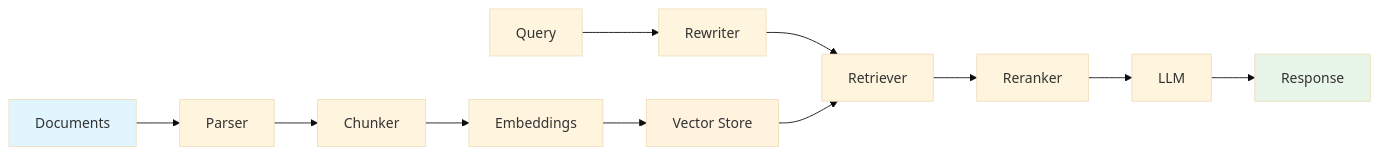
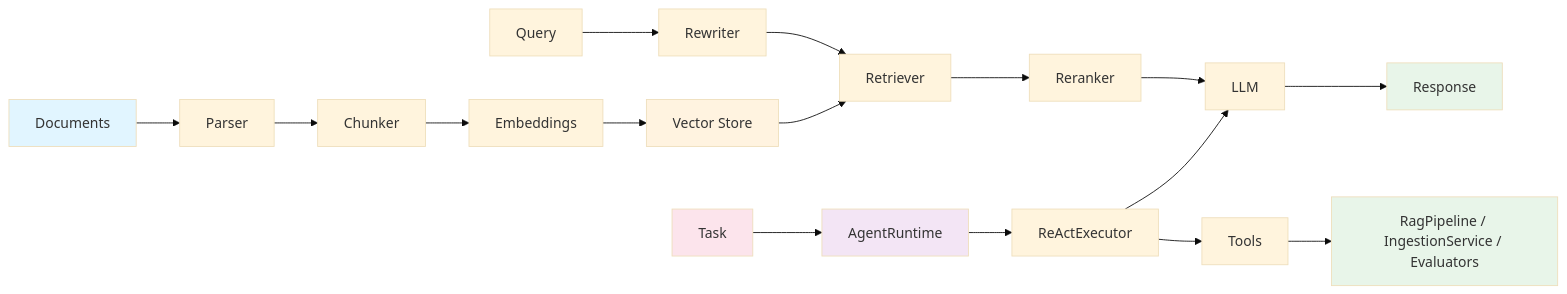
One commit to gmottola00/Quaerium changed the diagram in docs/index.md. Above: the diagram before and after it, drawn with Mermaid (base theme). The commit also changed other lines of this file and 8 other files, not shown here.

````diff
--- a/docs/index.md
+++ b/docs/index.md
@@ -213,18 +225,27 @@
 ```mermaid
 graph LR
     A[Documents] --> B[Parser]
     B --> C[Chunker]
     C --> D[Embeddings]
     D --> E[Vector Store]
-    
+
     F[Query] --> G[Rewriter]
     G --> H[Retriever]
     E --> H
     H --> I[Reranker]
     I --> J[LLM]
     J --> K[Response]
-    
+
+    L[Task] --> M[AgentRuntime]
+    M --> N[ReActExecutor]
+    N --> O[Tools]
+    O --> P[RagPipeline / IngestionService / Evaluators]
+    N --> J
+
     style A fill:#e1f5ff
     style E fill:#fff3e0
     style K fill:#e8f5e9
+    style L fill:#fce4ec
+    style M fill:#f3e5f5
+    style P fill:#e8f5e9
 ```
````
